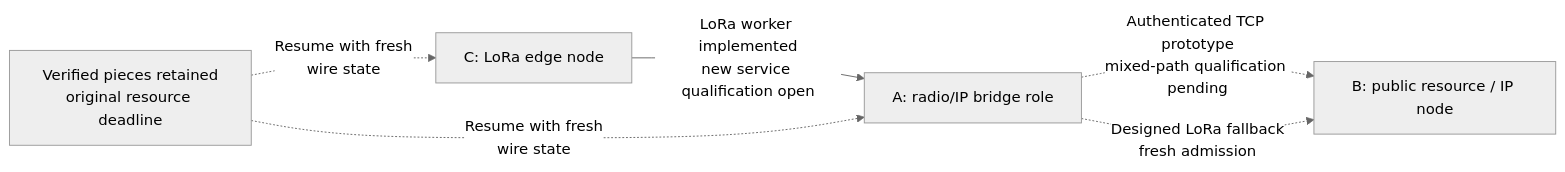
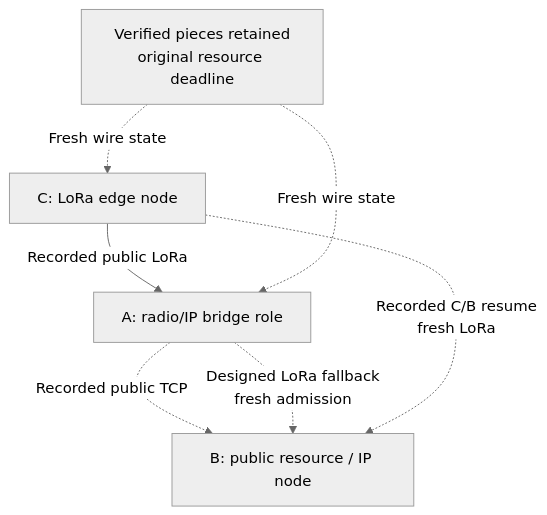
The third of 3 diagrams in docs/ARCHITECTURE.md (l33tdawg/meshticulum), drawn with Mermaid (neutral theme) before and after one commit. The commit also changed other lines of this file and 8 other files, not shown here.

````diff
--- a/docs/ARCHITECTURE.md
+++ b/docs/ARCHITECTURE.md
@@ -184,13 +184,14 @@
 ```mermaid
-flowchart LR
+flowchart TB
     C["C: LoRa edge node"]
     A["A: radio/IP bridge role"]
     B["B: public resource / IP node"]
 
-    C -->|"LoRa worker implemented<br/>new service qualification open"| A
-    A -. "Authenticated TCP prototype<br/>mixed-path qualification pending" .-> B
+    C -->|"Recorded public LoRa"| A
+    A -. "Recorded public TCP" .-> B
     A -. "Designed LoRa fallback<br/>fresh admission" .-> B
+    C -. "Recorded C/B resume<br/>fresh LoRa" .-> B
     Content["Verified pieces retained<br/>original resource deadline"]
-    Content -. "Resume with fresh<br/>wire state" .-> C
-    Content -. "Resume with fresh<br/>wire state" .-> A
+    Content -. "Fresh wire state" .-> C
+    Content -. "Fresh wire state" .-> A
 ```
````
